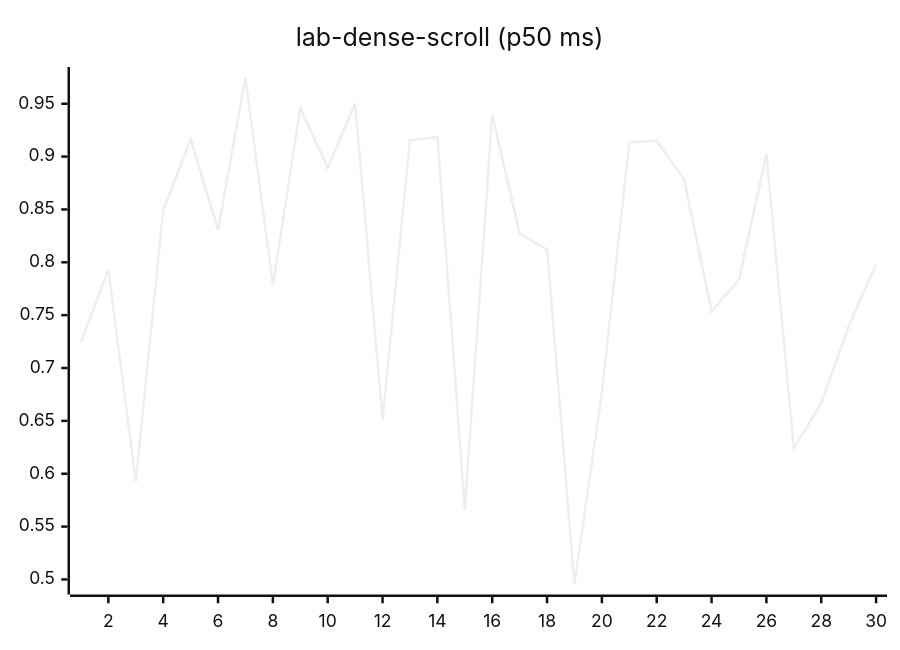
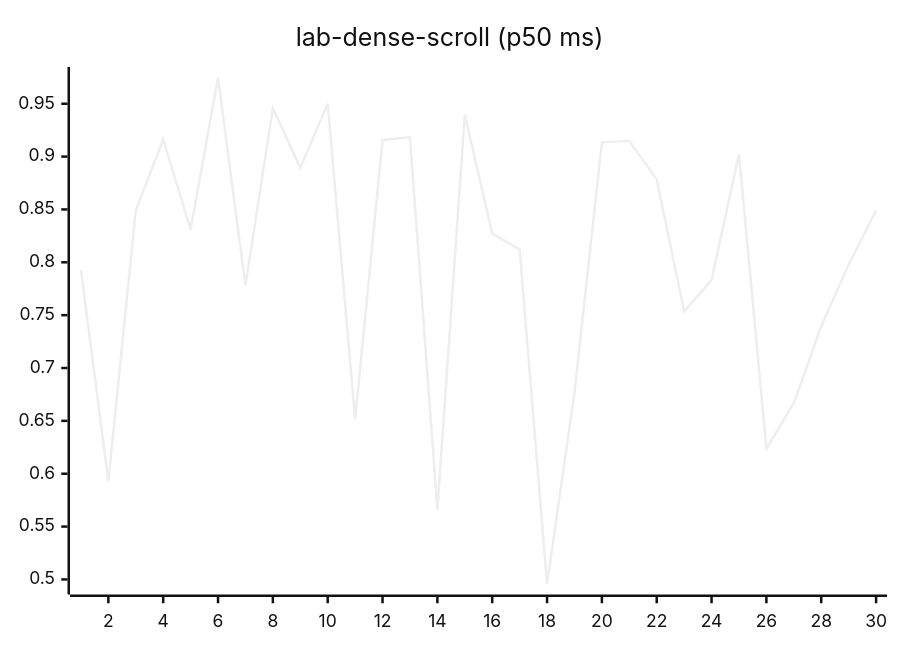
One commit to josha/Facet changed diagram 12 of 27 in README.md. Above: the diagram before and after it, drawn with Mermaid (neutral theme). The commit also changed other lines of this file and 2 other files, not shown here.

````diff
--- a/README.md
+++ b/README.md
@@ -140,6 +140,6 @@
 ```mermaid
 xychart-beta
     title "lab-dense-scroll (p50 ms)"
     x-axis 1 --> 30
-    line [0.7244, 0.7929, 0.5928, 0.8489, 0.9164, 0.8310, 0.9747, 0.7780, 0.9459, 0.8894, 0.9501, 0.6514, 0.9155, 0.9185, 0.5661, 0.9396, 0.8271, 0.8121, 0.4958, 0.6764, 0.9135, 0.9149, 0.8783, 0.7537, 0.7833, 0.9024, 0.6238, 0.6669, 0.7395, 0.7979]
+    line [0.7929, 0.5928, 0.8489, 0.9164, 0.8310, 0.9747, 0.7780, 0.9459, 0.8894, 0.9501, 0.6514, 0.9155, 0.9185, 0.5661, 0.9396, 0.8271, 0.8121, 0.4958, 0.6764, 0.9135, 0.9149, 0.8783, 0.7537, 0.7833, 0.9024, 0.6238, 0.6669, 0.7395, 0.7979, 0.8489]
 ```
````
